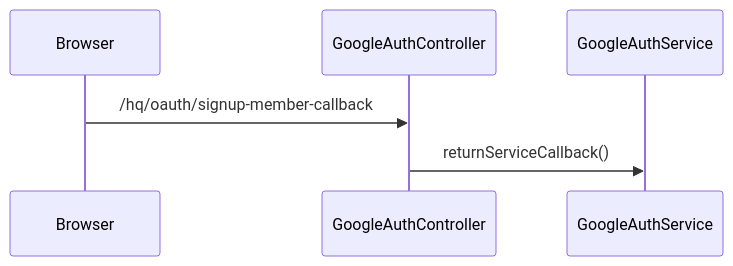
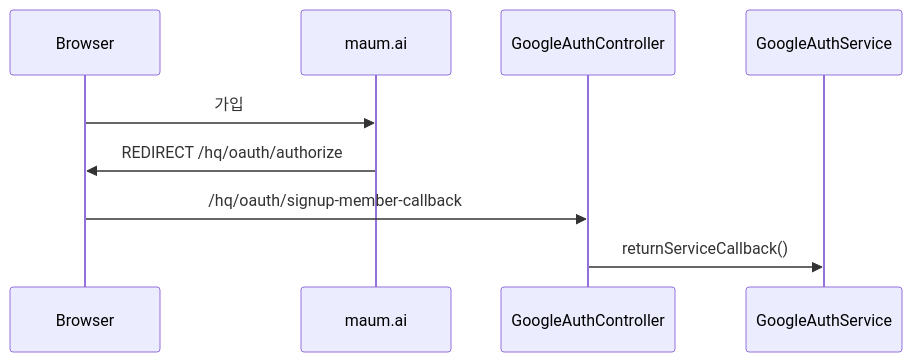
One commit to Ye-Jun/SSO changed the second of 3 diagrams in Architecture.md. Above: the diagram before and after it, drawn with Mermaid. The commit also changed other lines of this file, not shown here.

Commit message:
Architecture.md updated from https://stackedit.io/

````diff
--- a/Architecture.md
+++ b/Architecture.md
@@ -31,6 +31,8 @@
 ```mermaid
 sequenceDiagram
+Browser ->> maum.ai : 가입
+maum.ai ->> Browser : REDIRECT /hq/oauth/authorize
 Browser ->> GoogleAuthController : /hq/oauth/signup-member-callback
 GoogleAuthController ->> GoogleAuthService : returnServiceCallback()
 
 ```
````
